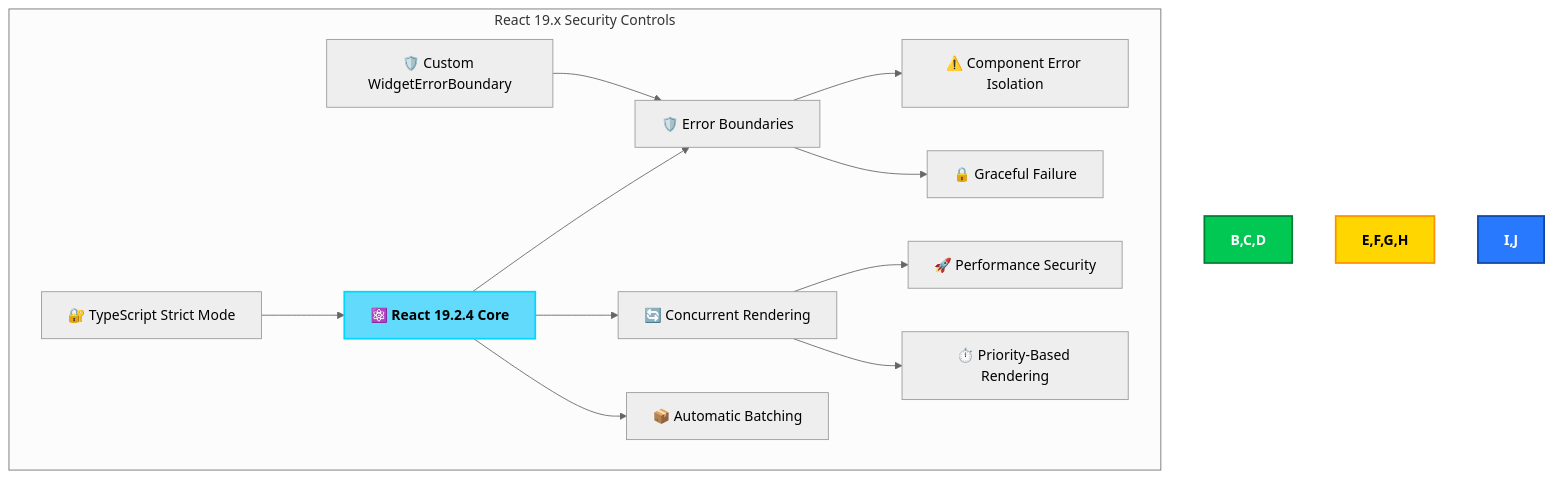
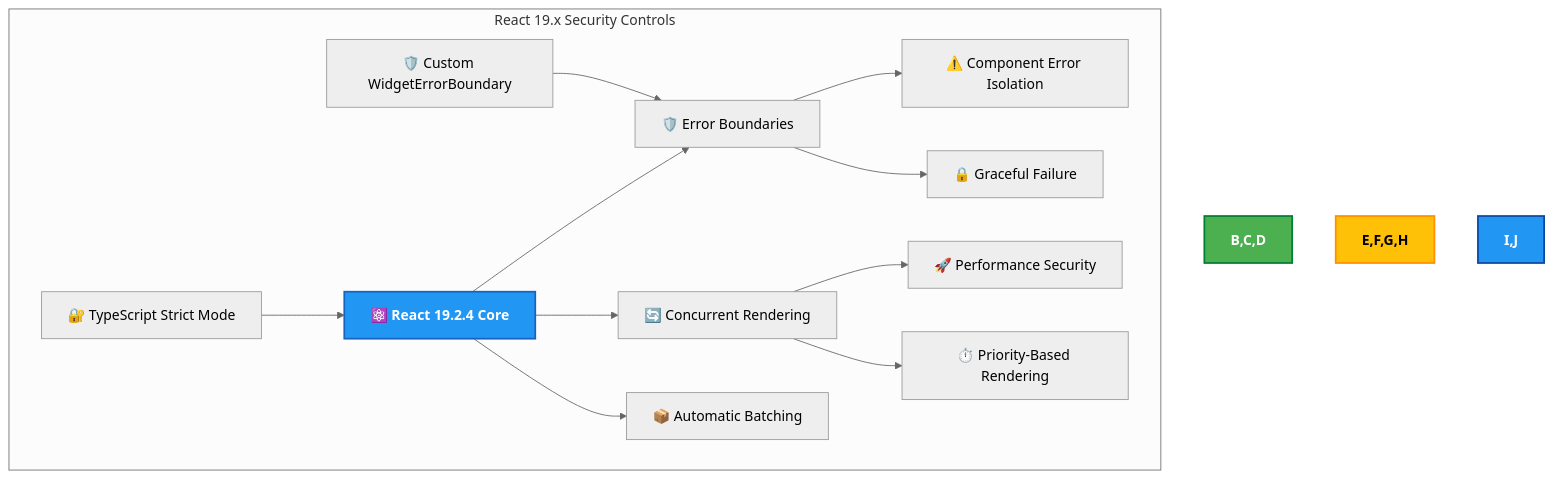
Before and after one commit to step-security-bot/cia-compliance-manager: diagram 18 of 32 in docs/architecture/SECURITY_ARCHITECTURE.md, drawn with Mermaid (neutral theme). The commit also changed other lines of this file and 27 other files, not shown here.

First line of the commit message:
fix: resolve broken mermaid diagrams and improve color coding to match ISMS style guide (#1106)

````diff
--- a/docs/architecture/SECURITY_ARCHITECTURE.md
+++ b/docs/architecture/SECURITY_ARCHITECTURE.md
@@ -1281,22 +1281,22 @@
 ```mermaid
 flowchart TD
     subgraph "React 19.x Security Controls"
         A[⚛️ React 19.2.4 Core] --> B[🛡️ Error Boundaries]
         A --> C[🔄 Concurrent Rendering]
         A --> D[📦 Automatic Batching]
         
         B --> E[⚠️ Component Error Isolation]
         B --> F[🔒 Graceful Failure]
         
         C --> G[🚀 Performance Security]
         C --> H[⏱️ Priority-Based Rendering]
         
         I[🔐 TypeScript Strict Mode] --> A
         J[🛡️ Custom WidgetErrorBoundary] --> B
     end
 
-    style A fill:#61DAFB,stroke:#00D8FF,stroke-width:2px,color:black,font-weight:bold
-    style B,C,D fill:#00C853,stroke:#007E33,stroke-width:2px,color:white,font-weight:bold
-    style E,F,G,H fill:#FFD600,stroke:#FF8F00,stroke-width:2px,color:black,font-weight:bold
-    style I,J fill:#2979FF,stroke:#0D47A1,stroke-width:2px,color:white,font-weight:bold
+    style A fill:#2196F3,stroke:#1565C0,stroke-width:2px,color:#ffffff,font-weight:bold
+    style B,C,D fill:#4CAF50,stroke:#007E33,stroke-width:2px,color:white,font-weight:bold
+    style E,F,G,H fill:#FFC107,stroke:#FF8F00,stroke-width:2px,color:black,font-weight:bold
+    style I,J fill:#2196F3,stroke:#0D47A1,stroke-width:2px,color:white,font-weight:bold
 ```
````
